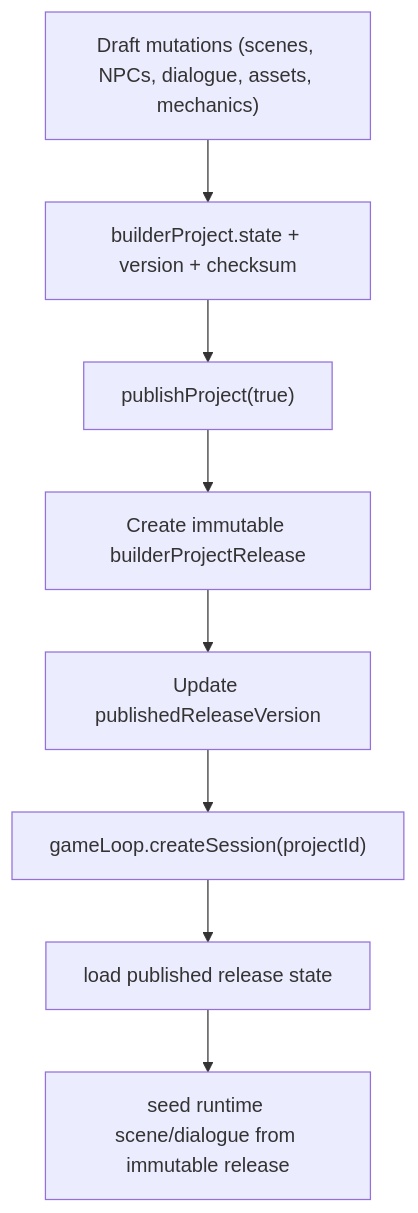
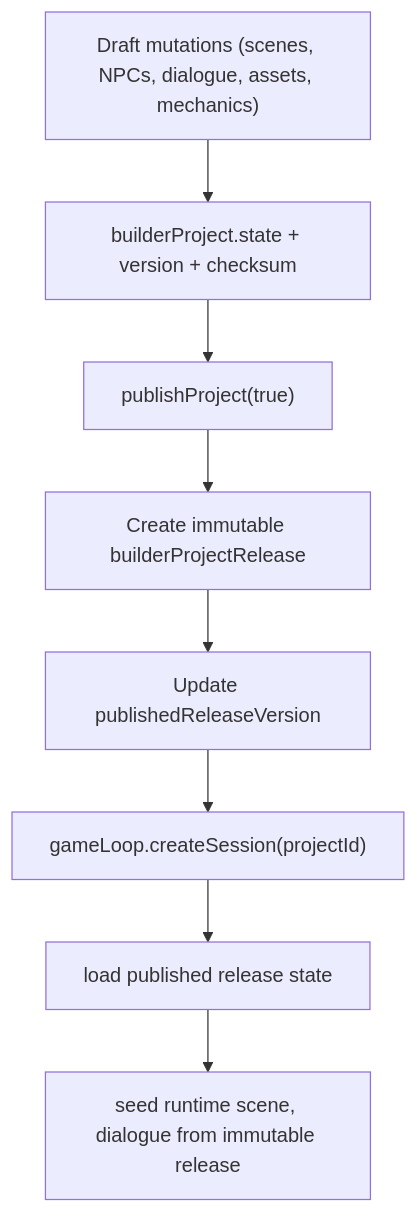
The fourth of 4 diagrams in ARCHITECTURE.md (d4551/tea), drawn with Mermaid before and after one commit. The commit also changed other lines of this file and 8 other files, not shown here.

First line of the commit message:
fix: mermaid chart syntax, i18n for builder placeholders, ARCHITECTURE i18n docs

````diff
--- a/ARCHITECTURE.md
+++ b/ARCHITECTURE.md
@@ -160,10 +160,10 @@
 ```mermaid
 flowchart TD
   DRAFT["Draft mutations (scenes, NPCs, dialogue, assets, mechanics)"] --> PROJECT["builderProject.state + version + checksum"]
   PROJECT --> PUBLISH["publishProject(true)"]
   PUBLISH --> SNAPSHOT["Create immutable builderProjectRelease"]
   SNAPSHOT --> POINTER["Update publishedReleaseVersion"]
   POINTER --> RUNTIME["gameLoop.createSession(projectId)"]
   RUNTIME --> RELEASE["load published release state"]
-  RELEASE --> SESSION["seed runtime scene/dialogue from immutable release"]
+  RELEASE --> SESSION["seed runtime scene, dialogue from immutable release"]
 ```
````
